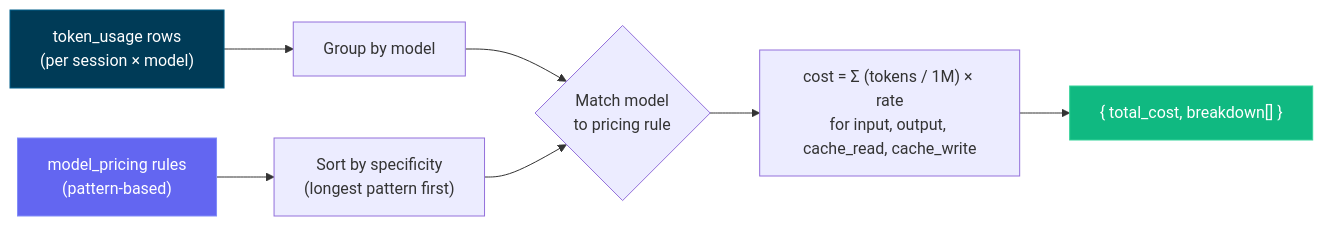
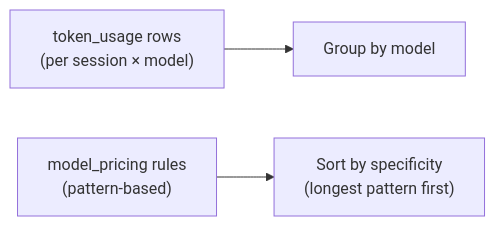
The sixth of 23 diagrams in README.md (ikup-mizuki/Claude-Code-Agent-Monitor), drawn with Mermaid before and after one commit. The commit also changed other lines of this file and 3 other files, not shown here.

````diff
--- a/README.md
+++ b/README.md
@@ -597,12 +608,5 @@
 ```mermaid
 flowchart LR
     TU["token_usage rows<br/>(per session × model)"] --> GROUP["Group by model"]
     PR["model_pricing rules<br/>(pattern-based)"] --> SORT["Sort by specificity<br/>(longest pattern first)"]
-    GROUP --> MATCH{"Match model<br/>to pricing rule"}
-    SORT --> MATCH
-    MATCH --> CALC["cost = Σ (tokens / 1M) × rate<br/>for input, output, cache_read, cache_write"]
-    CALC --> RESULT["{ total_cost, breakdown[] }"]
-    style TU fill:#003B57,stroke:#005f8a,color:#fff
-    style PR fill:#6366f1,stroke:#818cf8,color:#fff
-    style RESULT fill:#10b981,stroke:#34d399,color:#fff
 ```
````
